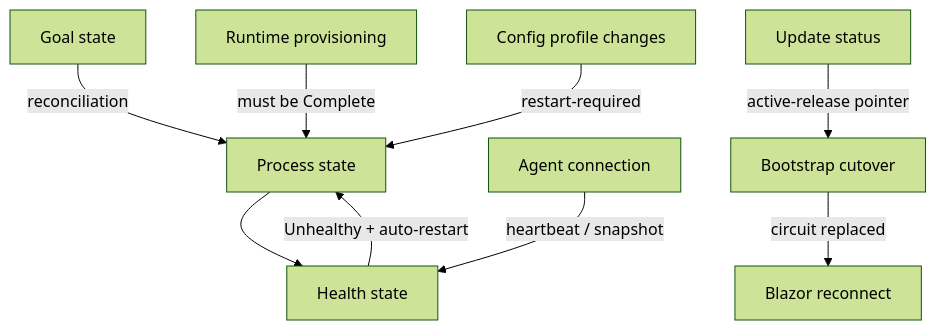
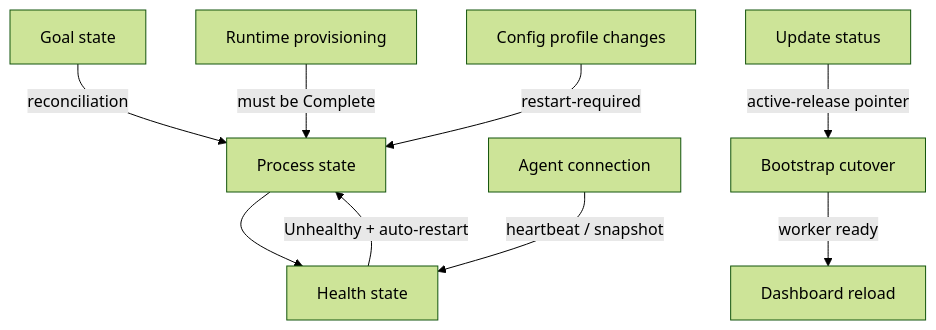
The diagram in Docs/StateMachines/Index.md (CometWorks/quasar), drawn with Mermaid (forest theme) before and after one commit. The commit also changed other lines of this file and 611 other files, not shown here.

````diff
--- a/Docs/StateMachines/Index.md
+++ b/Docs/StateMachines/Index.md
@@ -26,11 +25,11 @@
 ```mermaid
 flowchart TD
     Goal[Goal state] -->|reconciliation| Process[Process state]
     Process --> Health[Health state]
     Health -->|Unhealthy + auto-restart| Process
     Agent[Agent connection] -->|heartbeat / snapshot| Health
     Runtime[Runtime provisioning] -->|must be Complete| Process
     Update[Update status] -->|active-release pointer| Cutover[Bootstrap cutover]
-    Cutover -->|circuit replaced| Reconnect[Blazor reconnect]
+    Cutover -->|worker ready| Reload[Dashboard reload]
     Config[Config profile changes] -->|restart-required| Process
 ```
````
